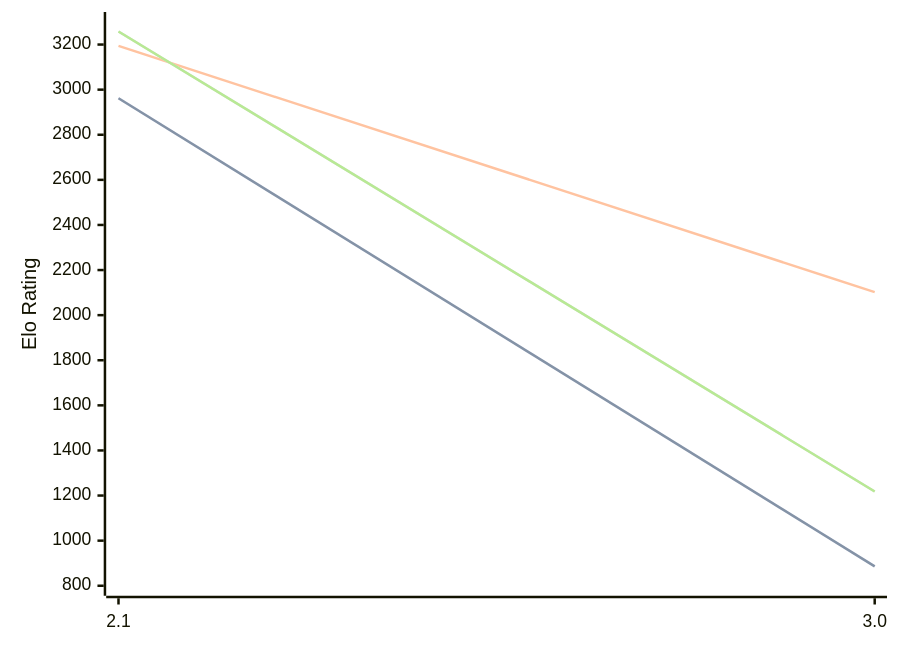
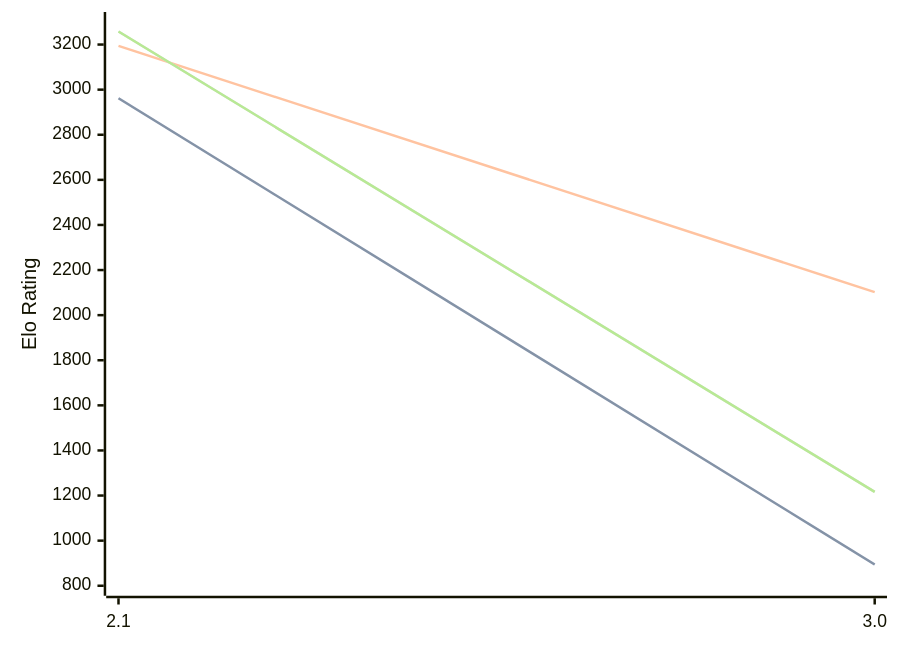
Before and after one commit to computer-chess-index/cci: the diagram in engines/Quirky.md, drawn with Mermaid. The commit also changed other lines of this file, not shown here.

Commit message:
Update CCI Ratings (ELO VLTC) - 2026-09-17

````diff
--- a/engines/Quirky.md
+++ b/engines/Quirky.md
@@ -32,11 +32,11 @@
 ```mermaid
 %%{init: {"theme":"base","themeVariables":{"seriesColors:['#a3a3a3','#222221','#faa371']}}}%%
 xychart-beta
   x-axis ["2.1", "3.0"]
   y-axis "Elo Rating" 800 --> 3300
-  line "" [2962, 886]
-  line "STC (8.0+0.08s)" [2962, 886]
+  line "" [2962, 894]
+  line "STC (8.0+0.08s)" [2962, 894]
   line "LTC (60.0+0.60s)" [3194, 2102]
-  line "" [3258, 1218]
-  line "VLTC (2m24s+1.12s)" [3258, 1218]
+  line "" [3258, 1216]
+  line "VLTC (2m24s+1.12s)" [3258, 1216]
 ```
````
